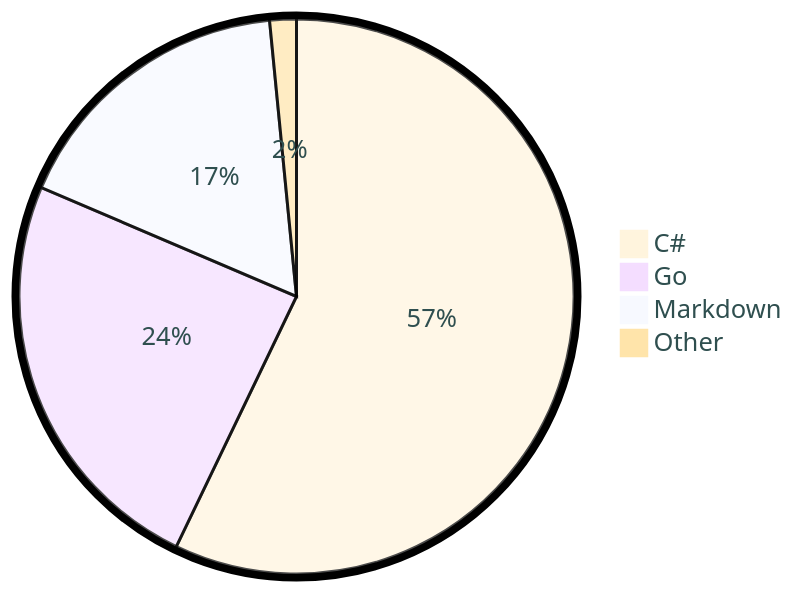
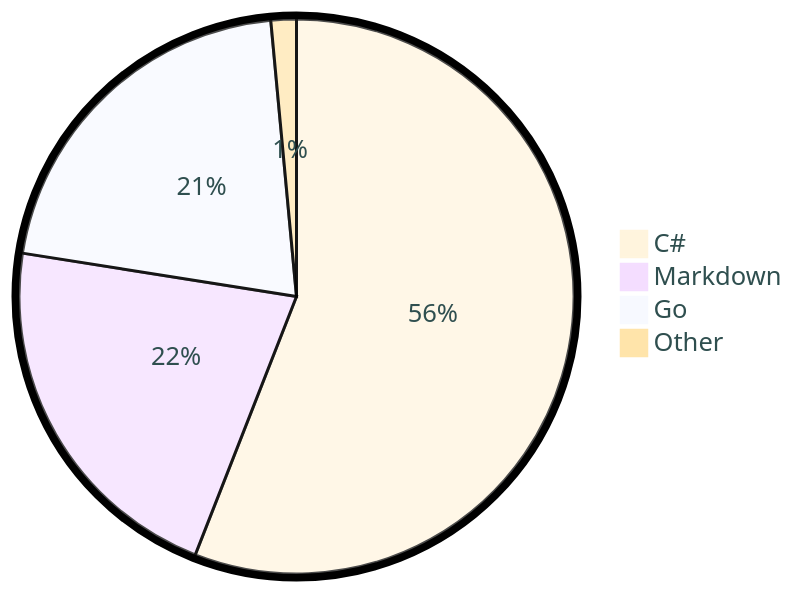
One commit to tot0p/tot0p changed the diagram in README.md. Above: the diagram before and after it, drawn with Mermaid. The commit also changed other lines of this file, not shown here.

````diff
--- a/README.md
+++ b/README.md
@@ -77,8 +78,8 @@
 ```mermaid
 %%{init: {"pie": {"textPosition": 0.5}, "themeVariables": {"pieOuterStrokeWidth": "5px","primaryTextColor" : "#2F4F4F"},"theme":"base"} }%%
 pie
-	"C#": 57.13
-	"Go": 24.29
-	"Markdown": 17.03
-	"Other": 1.5500000000000005
+	"C#": 55.94
+	"Markdown": 21.55
+	"Go": 21.02
+	"Other": 1.4800000000000002
 ```
````
